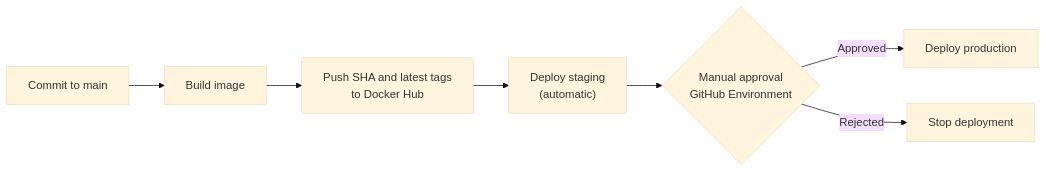
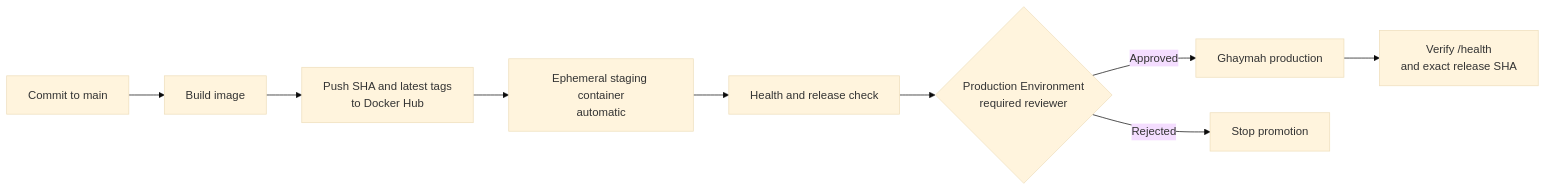
The diagram in q3-cicd/CICD.md (yassinelagamy/GHyamah-Test), drawn with Mermaid (base theme) before and after one commit. The commit also changed other lines of this file and 18 other files, not shown here.

````diff
--- a/q3-cicd/CICD.md
+++ b/q3-cicd/CICD.md
@@ -7,9 +11,11 @@
 ```mermaid
 flowchart LR
     A["Commit to main"] --> B["Build image"]
     B --> C["Push SHA and latest tags<br/>to Docker Hub"]
-    C --> D["Deploy staging<br/>(automatic)"]
-    D --> E{"Manual approval<br/>GitHub Environment"}
-    E -->|Approved| F["Deploy production"]
-    E -->|Rejected| G["Stop deployment"]
+    C --> D["Ephemeral staging container<br/>automatic"]
+    D --> E["Health and release check"]
+    E --> F{"Production Environment<br/>required reviewer"}
+    F -->|Approved| G["Ghaymah production"]
+    G --> H["Verify /health<br/>and exact release SHA"]
+    F -->|Rejected| I["Stop promotion"]
 ```
````
